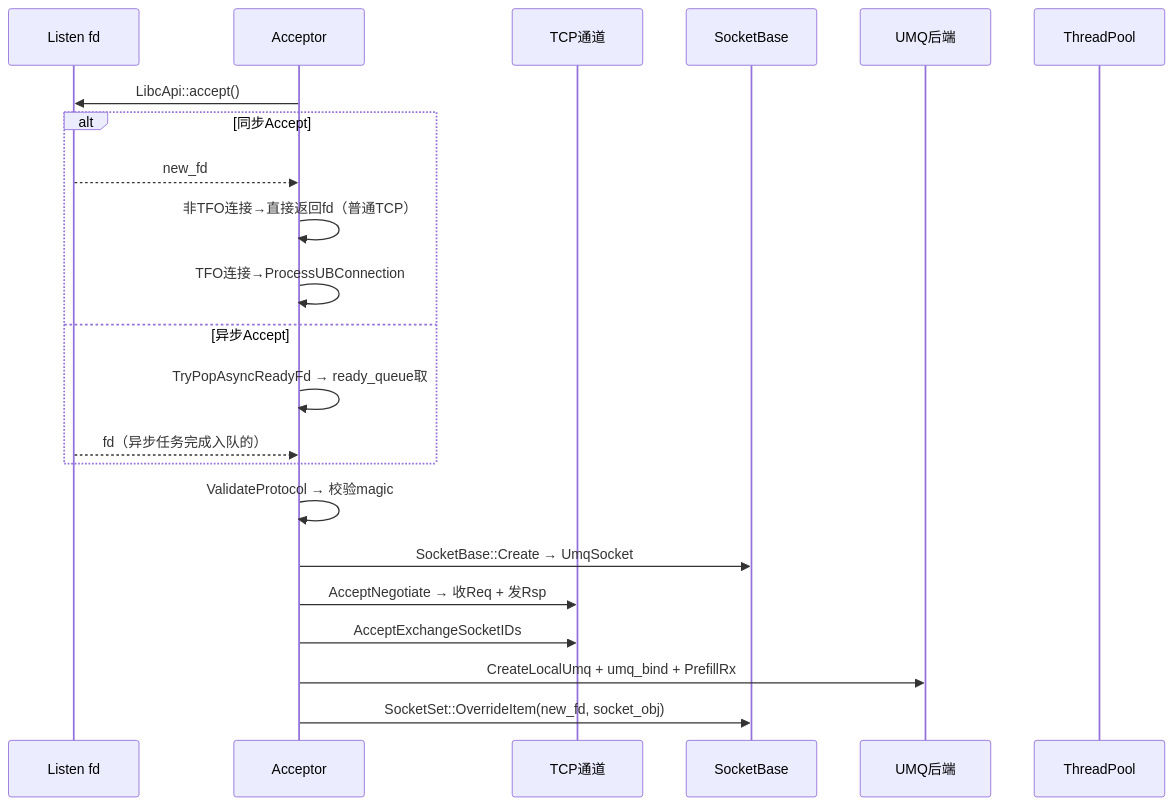
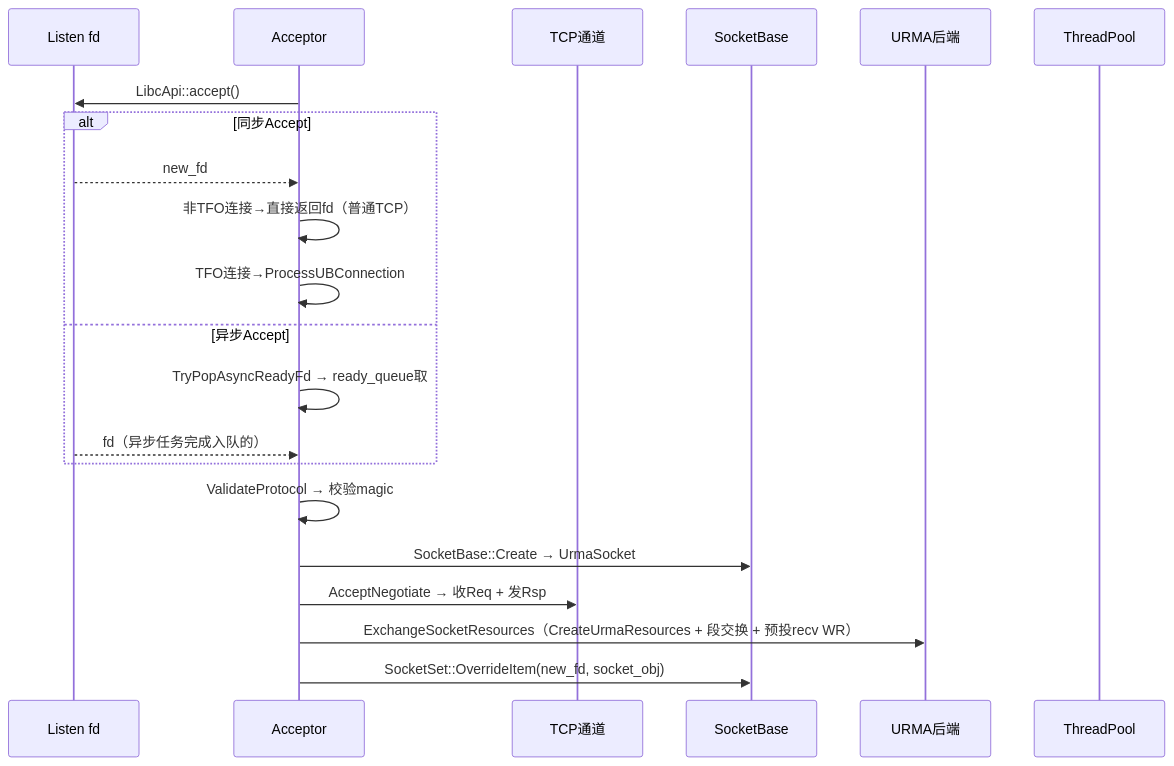
The seventh of 17 diagrams in doc/ubsocket/UBSOCKET-ARCHITECTURE.ch.md (openeuler-mirror/ubs-comm), drawn with Mermaid before and after one commit. The commit also changed other lines of this file and 13 other files, not shown here.

````diff
--- a/doc/ubsocket/UBSOCKET-ARCHITECTURE.ch.md
+++ b/doc/ubsocket/UBSOCKET-ARCHITECTURE.ch.md
@@ -337,26 +305,25 @@
 ```mermaid
 sequenceDiagram
     participant L as Listen fd
     participant A as Acceptor
     participant TCP as TCP通道
     participant SOCK as SocketBase
-    participant UMQ as UMQ后端
+    participant UB as URMA后端
     participant TP as ThreadPool
 
     A->>L: LibcApi::accept()
     alt 同步Accept
         L-->>A: new_fd
         A->>A: 非TFO连接→直接返回fd（普通TCP）
         A->>A: TFO连接→ProcessUBConnection
     else 异步Accept
         A->>A: TryPopAsyncReadyFd → ready_queue取
         L-->>A: fd（异步任务完成入队的）
     end
 
     A->>A: ValidateProtocol → 校验magic
-    A->>SOCK: SocketBase::Create → UmqSocket
+    A->>SOCK: SocketBase::Create → UrmaSocket
     A->>TCP: AcceptNegotiate → 收Req + 发Rsp
-    A->>TCP: AcceptExchangeSocketIDs
-    A->>UMQ: CreateLocalUmq + umq_bind + PrefillRx
+    A->>UB: ExchangeSocketResources（CreateUrmaResources + 段交换 + 预投recv WR）
     A->>SOCK: SocketSet::OverrideItem(new_fd, socket_obj)
 ```
````
